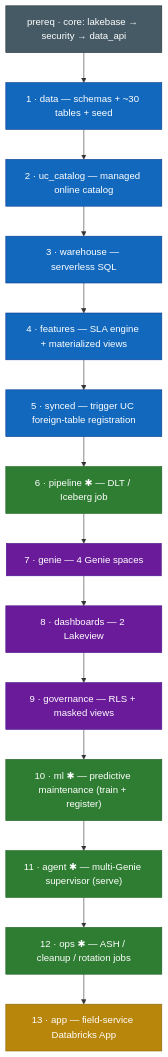
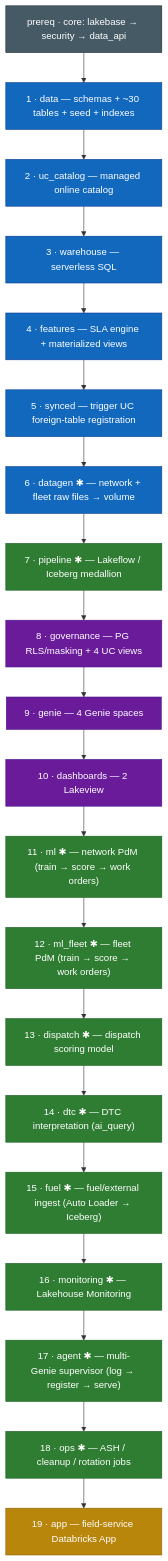
Before and after one commit to databricks-solutions/lakebase-solutions: the diagram in modules/field_service/README.md, drawn with Mermaid. The commit also changed other lines of this file and 1 other file, not shown here.

Commit message:
docs(field_service): update step diagram (13→19) + feature matrix + provides
Reflect the complete FSM parity port: datagen, ml_fleet, dispatch, dtc, fuel,
monitoring steps + governance-before-genie reorder in the README pipeline
diagram; add AI Functions / Lakehouse Monitoring / Auto Loader to the feature
matrix; add the network catalog, UC schemas, and registered models to provides.

````diff
--- a/modules/field_service/README.md
+++ b/modules/field_service/README.md
@@ -21,22 +21,28 @@
 ```mermaid
 flowchart TB
     PRE["prereq · core: lakebase → security → data_api"]:::pre --> s1
-    s1["1 · data — schemas + ~30 tables + seed"]:::d --> s2["2 · uc_catalog — managed online catalog"]:::d
+    s1["1 · data — schemas + ~30 tables + seed + indexes"]:::d --> s2["2 · uc_catalog — managed online catalog"]:::d
     s2 --> s3["3 · warehouse — serverless SQL"]:::d
     s3 --> s4["4 · features — SLA engine + materialized views"]:::d
     s4 --> s5["5 · synced — trigger UC foreign-table registration"]:::d
-    s5 --> s6["6 · pipeline ✱ — DLT / Iceberg job"]:::g
-    s6 --> s7["7 · genie — 4 Genie spaces"]:::a
-    s7 --> s8["8 · dashboards — 2 Lakeview"]:::a
-    s8 --> s9["9 · governance — RLS + masked views"]:::a
-    s9 --> s10["10 · ml ✱ — predictive maintenance (train + register)"]:::g
-    s10 --> s11["11 · agent ✱ — multi-Genie supervisor (serve)"]:::g
-    s11 --> s12["12 · ops ✱ — ASH / cleanup / rotation jobs"]:::g
-    s12 --> s13["13 · app — field-service Databricks App"]:::app
+    s5 --> s6["6 · datagen ✱ — network + fleet raw files → volume"]:::d
+    s6 --> s7["7 · pipeline ✱ — Lakeflow / Iceberg medallion"]:::g
+    s7 --> s8["8 · governance — PG RLS/masking + 4 UC views"]:::a
+    s8 --> s9["9 · genie — 4 Genie spaces"]:::a
+    s9 --> s10["10 · dashboards — 2 Lakeview"]:::a
+    s10 --> s11["11 · ml ✱ — network PdM (train → score → work orders)"]:::g
+    s11 --> s12["12 · ml_fleet ✱ — fleet PdM (train → score → work orders)"]:::g
+    s12 --> s13["13 · dispatch ✱ — dispatch scoring model"]:::g
+    s13 --> s14["14 · dtc ✱ — DTC interpretation (ai_query)"]:::g
+    s14 --> s15["15 · fuel ✱ — fuel/external ingest (Auto Loader → Iceberg)"]:::g
+    s15 --> s16["16 · monitoring ✱ — Lakehouse Monitoring"]:::g
+    s16 --> s17["17 · agent ✱ — multi-Genie supervisor (log → register → serve)"]:::g
+    s17 --> s18["18 · ops ✱ — ASH / cleanup / rotation jobs"]:::g
+    s18 --> s19["19 · app — field-service Databricks App"]:::app
 
     classDef pre fill:#455a64,color:#fff,stroke:#263238;
     classDef d fill:#1168bd,color:#fff,stroke:#0b3d91;
     classDef a fill:#6a1b9a,color:#fff,stroke:#4a148c;
     classDef g fill:#2e7d32,color:#fff,stroke:#1b5e20;
     classDef app fill:#b8860b,color:#fff,stroke:#8a6508;
 ```
````
